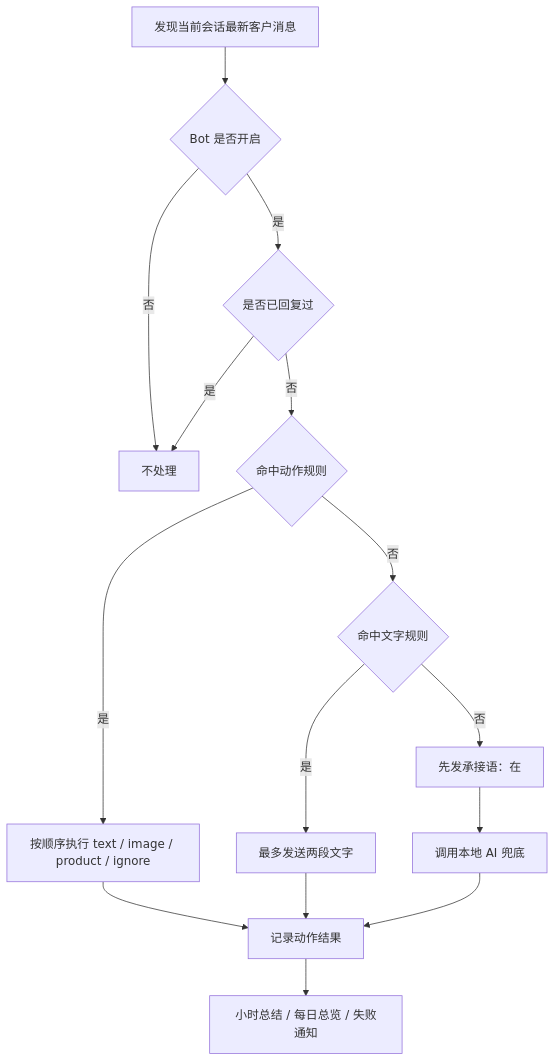
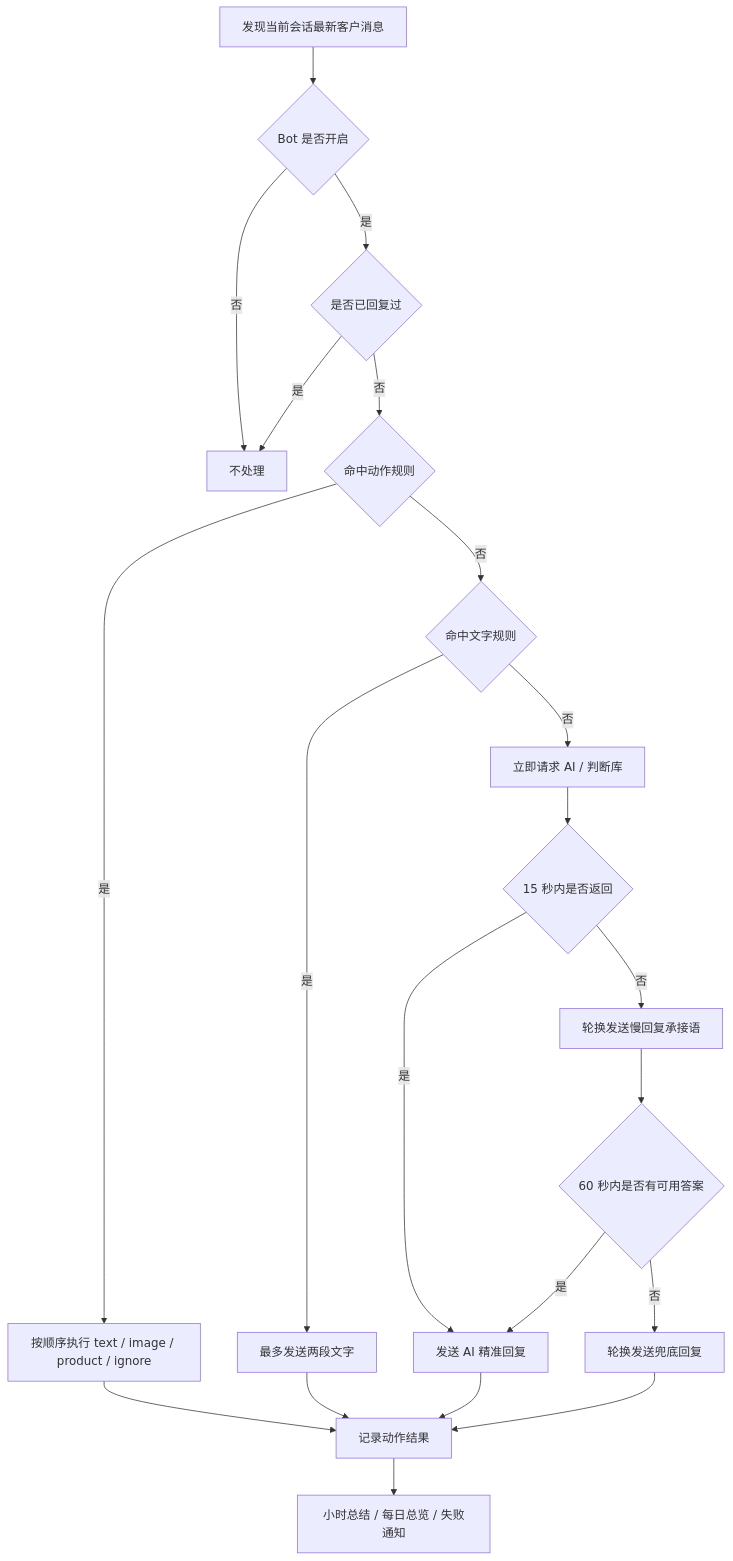
Before and after one commit to JahanHe/wechat-autoreply: the second of 3 diagrams in docs/rich-user-guide.md, drawn with Mermaid. The commit also changed other lines of this file and 34 other files, not shown here.

````diff
--- a/docs/rich-user-guide.md
+++ b/docs/rich-user-guide.md
@@ -62,17 +62,23 @@
 ```mermaid
 flowchart TD
   A["发现当前会话最新客户消息"] --> B{"Bot 是否开启"}
   B -- "否" --> Z["不处理"]
   B -- "是" --> C{"是否已回复过"}
   C -- "是" --> Z
   C -- "否" --> D{"命中动作规则"}
   D -- "是" --> E["按顺序执行 text / image / product / ignore"]
   D -- "否" --> F{"命中文字规则"}
   F -- "是" --> G["最多发送两段文字"]
-  F -- "否" --> H["先发承接语：在"]
-  H --> I["调用本地 AI 兜底"]
+  F -- "否" --> H["立即请求 AI / 判断库"]
+  H --> I{"15 秒内是否返回"}
+  I -- "否" --> L["轮换发送慢回复承接语"]
+  I -- "是" --> M["发送 AI 精准回复"]
+  L --> N{"60 秒内是否有可用答案"}
+  N -- "是" --> M
+  N -- "否" --> O["轮换发送兜底回复"]
   E --> J["记录动作结果"]
   G --> J
-  I --> J
+  M --> J
+  O --> J
   J --> K["小时总结 / 每日总览 / 失败通知"]
 ```
````
